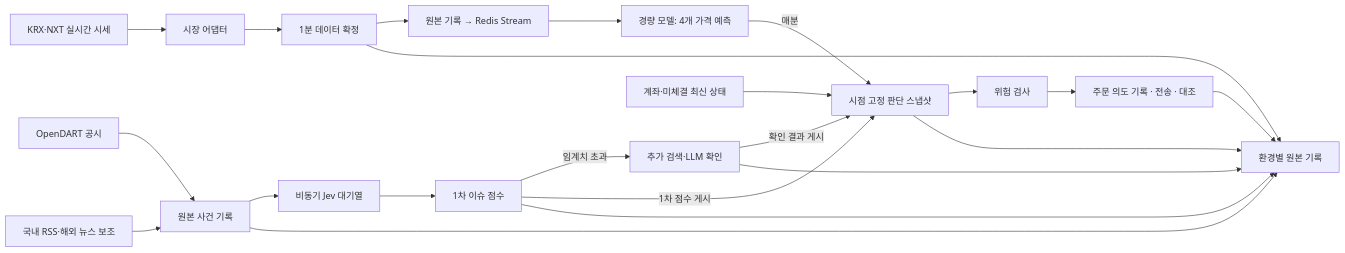
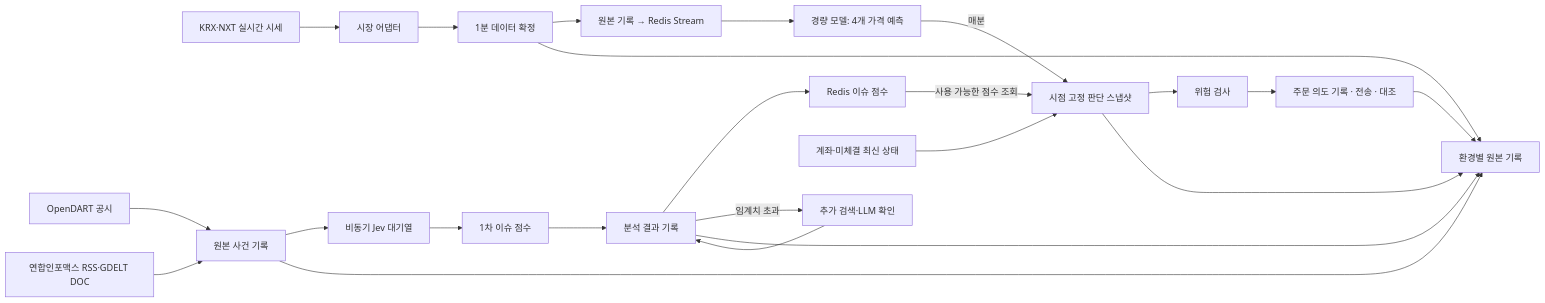
The second of 3 diagrams in docs/hld/HLD.md (ShinYEB/Auto-helm), drawn with Mermaid before and after one commit. The commit also changed other lines of this file and 9 other files, not shown here.

````diff
--- a/docs/hld/HLD.md
+++ b/docs/hld/HLD.md
@@ -153,24 +153,25 @@
 ```mermaid
 flowchart LR
     T["KRX·NXT 실시간 시세"] --> M["시장 어댑터"]
     M --> BAR["1분 데이터 확정"]
     BAR --> R["원본 기록 → Redis Stream"]
     R --> PRED["경량 모델: 4개 가격 예측"]
     D["OpenDART 공시"] --> E["원본 사건 기록"]
-    N["국내 RSS·해외 뉴스 보조"] --> E
+    N["연합인포맥스 RSS·GDELT DOC"] --> E
     E --> Q["비동기 Jev 대기열"]
     Q --> AI["1차 이슈 점수"]
-    AI -->|"임계치 초과"| S["추가 검색·LLM 확인"]
+    AI --> AJOURNAL["분석 결과 기록"]
+    AJOURNAL --> ECACHE["Redis 이슈 점수"]
+    AJOURNAL -->|"임계치 초과"| S["추가 검색·LLM 확인"]
+    S --> AJOURNAL
     PRED -- "매분" --> SNAP["시점 고정 판단 스냅샷"]
-    AI -- "1차 점수 게시" --> SNAP
-    S -- "확인 결과 게시" --> SNAP
+    ECACHE -- "사용 가능한 점수 조회" --> SNAP
     ACCOUNT["계좌·미체결 최신 상태"] --> SNAP
     SNAP --> GATE["위험 검사"]
     GATE --> ORDER["주문 의도 기록 · 전송 · 대조"]
     BAR --> LOG["환경별 원본 기록"]
     E --> LOG
-    AI --> LOG
-    S --> LOG
+    AJOURNAL --> LOG
     SNAP --> LOG
     ORDER --> LOG
 ```
````
